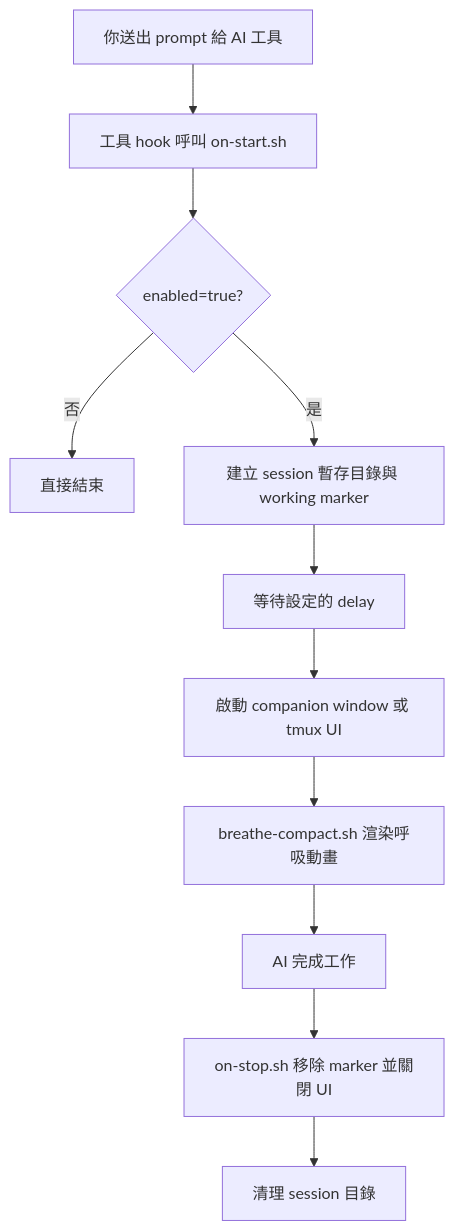
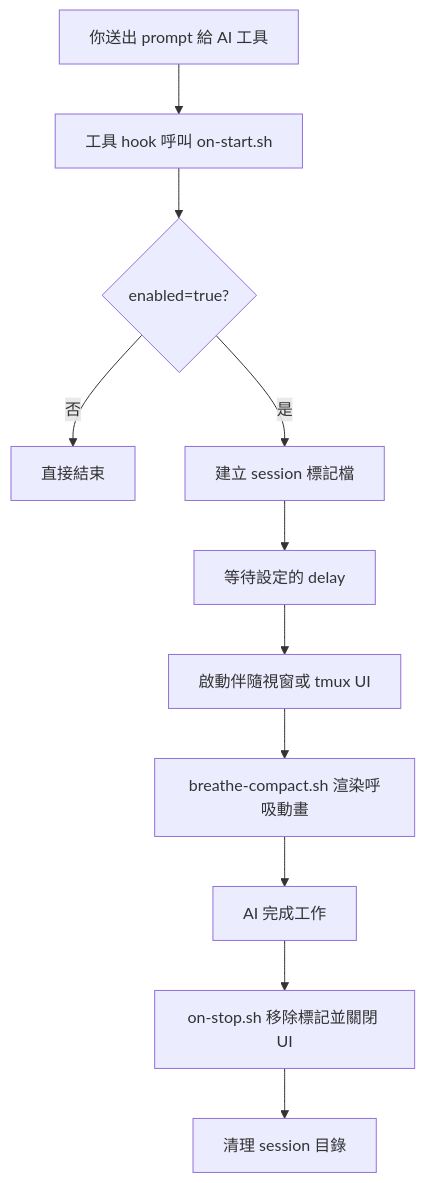
Before and after one commit to cry8a8y/HushFlow: the diagram in docs/README.zh-TW.md, drawn with Mermaid. The commit also changed other lines of this file and 2 other files, not shown here.

````diff
--- a/docs/README.zh-TW.md
+++ b/docs/README.zh-TW.md
@@ -197,13 +97,13 @@
 ```mermaid
 flowchart TD
     A[你送出 prompt 給 AI 工具] --> B[工具 hook 呼叫 on-start.sh]
     B --> C{enabled=true?}
     C -- 否 --> Z[直接結束]
-    C -- 是 --> D[建立 session 暫存目錄與 working marker]
+    C -- 是 --> D[建立 session 標記檔]
     D --> E[等待設定的 delay]
-    E --> F[啟動 companion window 或 tmux UI]
+    E --> F[啟動伴隨視窗或 tmux UI]
     F --> G[breathe-compact.sh 渲染呼吸動畫]
     G --> H[AI 完成工作]
-    H --> I[on-stop.sh 移除 marker 並關閉 UI]
+    H --> I[on-stop.sh 移除標記並關閉 UI]
     I --> J[清理 session 目錄]
 ```
````
